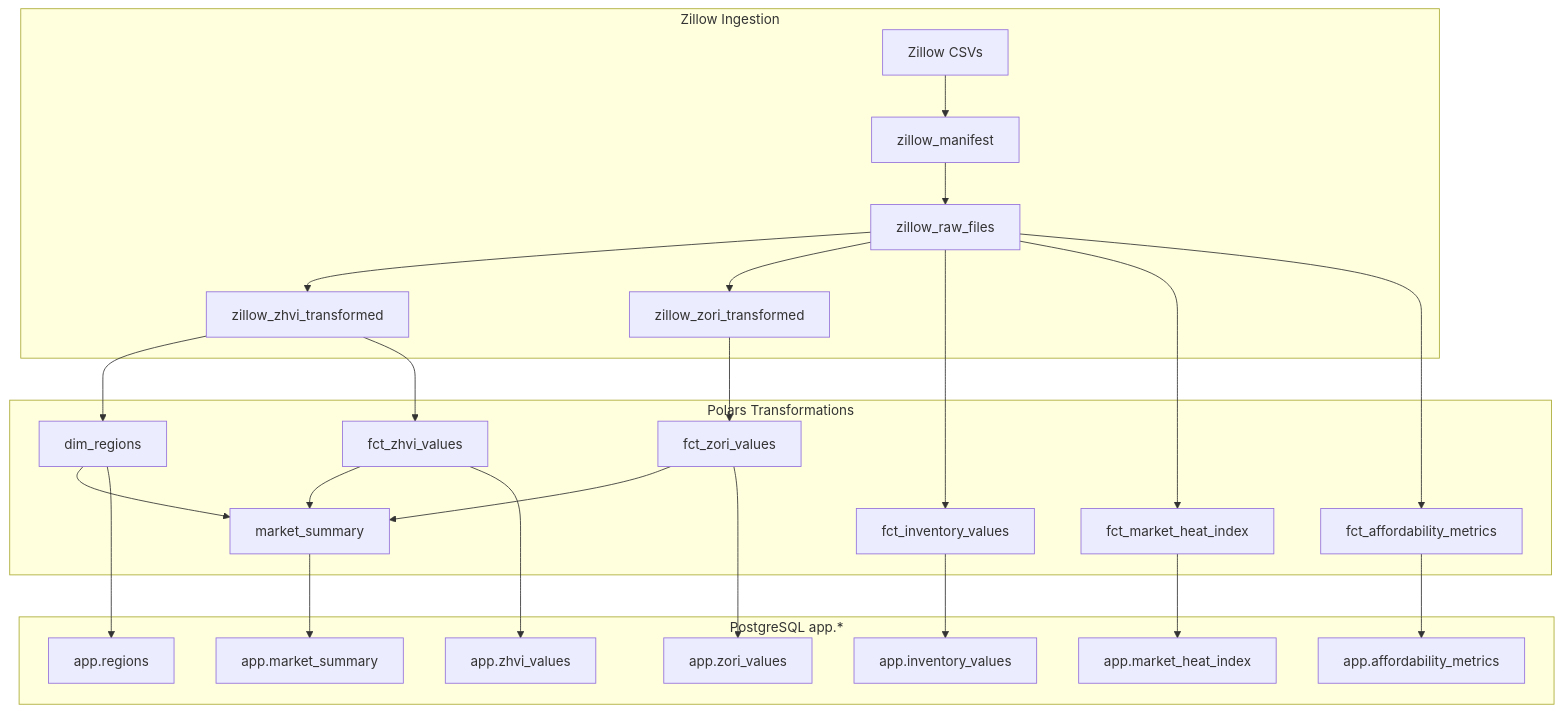
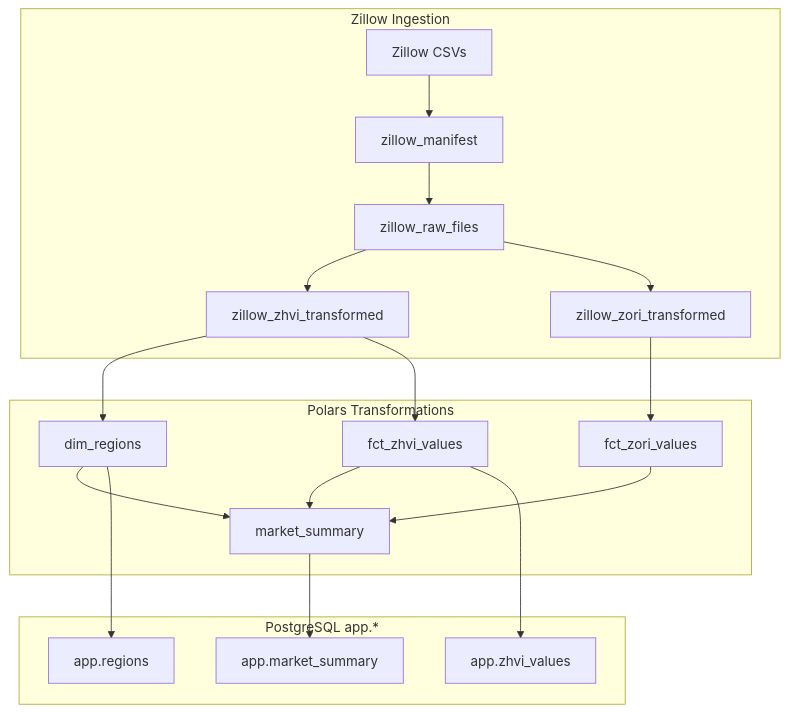
Before and after one commit to HousingIQ/housingiq-app: the diagram in docs/09-data-platform.md, drawn with Mermaid. The commit also changed other lines of this file and 13 other files, not shown here.

````diff
--- a/docs/09-data-platform.md
+++ b/docs/09-data-platform.md
@@ -76,31 +76,24 @@
 ```mermaid
 graph TD
     subgraph Ingestion["Zillow Ingestion"]
         Z[Zillow CSVs] --> M[zillow_manifest]
         M --> R[zillow_raw_files]
         R --> TZ[zillow_zhvi_transformed]
         R --> TR[zillow_zori_transformed]
     end
 
     subgraph Transform["Polars Transformations"]
         TZ --> DR[dim_regions]
         TZ --> FZ[fct_zhvi_values]
         TR --> FR[fct_zori_values]
-        R --> FI[fct_inventory_values]
-        R --> FH[fct_market_heat_index]
-        R --> FA[fct_affordability_metrics]
         FZ --> MS[market_summary]
         FR --> MS
         DR --> MS
     end
 
     subgraph Load["PostgreSQL app.*"]
         DR --> AR[app.regions]
         FZ --> AZ[app.zhvi_values]
-        FR --> AO[app.zori_values]
-        FI --> AI[app.inventory_values]
-        FH --> AH[app.market_heat_index]
-        FA --> AA[app.affordability_metrics]
         MS --> AM[app.market_summary]
     end
 ```
````
